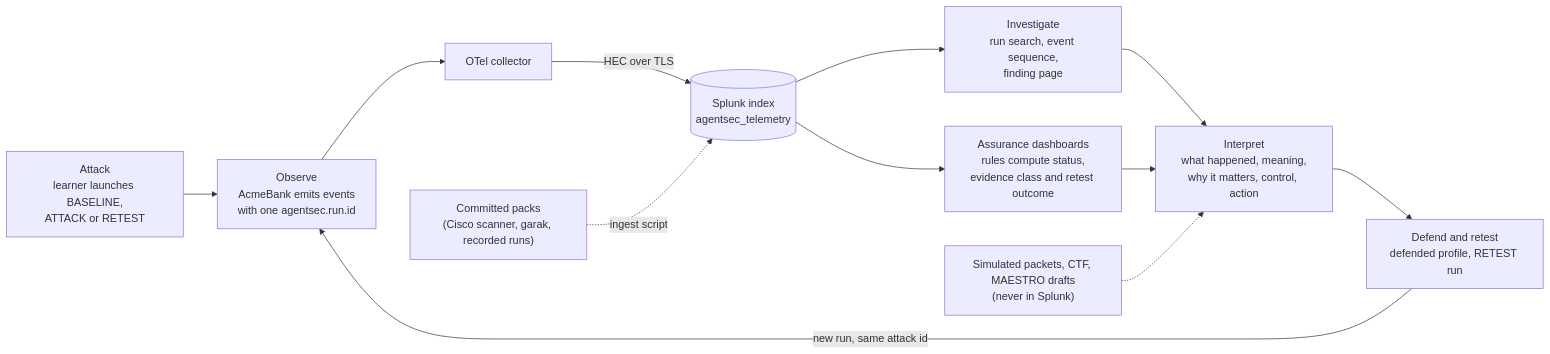
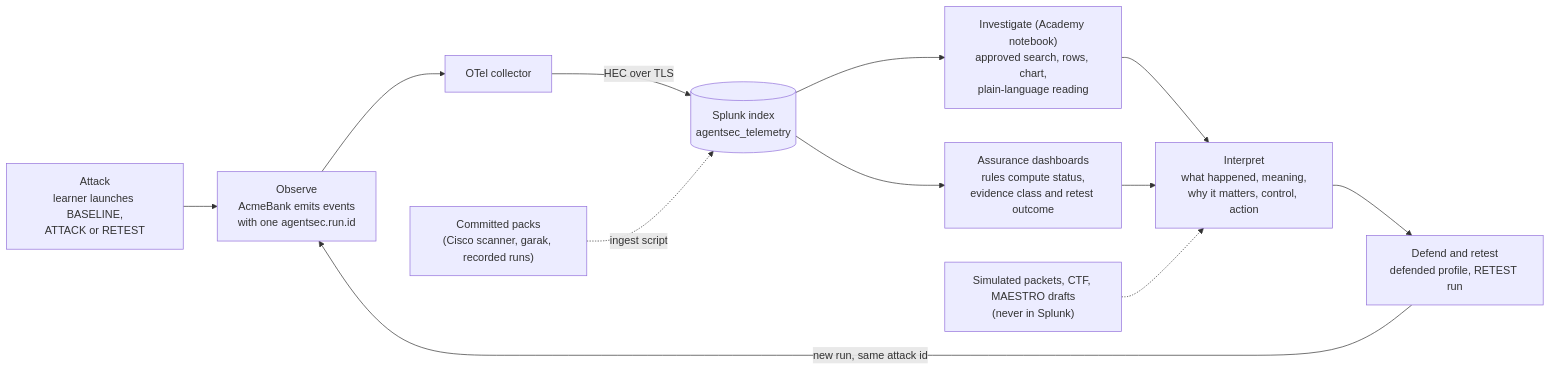
The second of 8 diagrams in docs/VISUAL_GUIDE.md (machowdhury/AgentSecLab), drawn with Mermaid before and after one commit. The commit also changed other lines of this file and 113 other files, not shown here.

````diff
--- a/docs/VISUAL_GUIDE.md
+++ b/docs/VISUAL_GUIDE.md
@@ -52,14 +52,14 @@
 ```mermaid
 flowchart LR
   A["Attack<br/>learner launches BASELINE,<br/>ATTACK or RETEST"] --> O["Observe<br/>AcmeBank emits events<br/>with one agentsec.run.id"]
   O --> C["OTel collector"]
   C -->|"HEC over TLS"| S[("Splunk index<br/>agentsec_telemetry")]
   P["Committed packs<br/>(Cisco scanner, garak, recorded runs)"] -.->|"ingest script"| S
-  S --> I["Investigate<br/>run search, event sequence,<br/>finding page"]
+  S --> I["Investigate (Academy notebook)<br/>approved search, rows, chart,<br/>plain-language reading"]
   S --> D["Assurance dashboards<br/>rules compute status,<br/>evidence class and retest outcome"]
   I --> E["Interpret<br/>what happened, meaning,<br/>why it matters, control, action"]
   D --> E
   E --> R["Defend and retest<br/>defended profile, RETEST run"]
   R -->|"new run, same attack id"| O
   SIM["Simulated packets, CTF, MAESTRO drafts<br/>(never in Splunk)"] -.-> E
 ```
````
